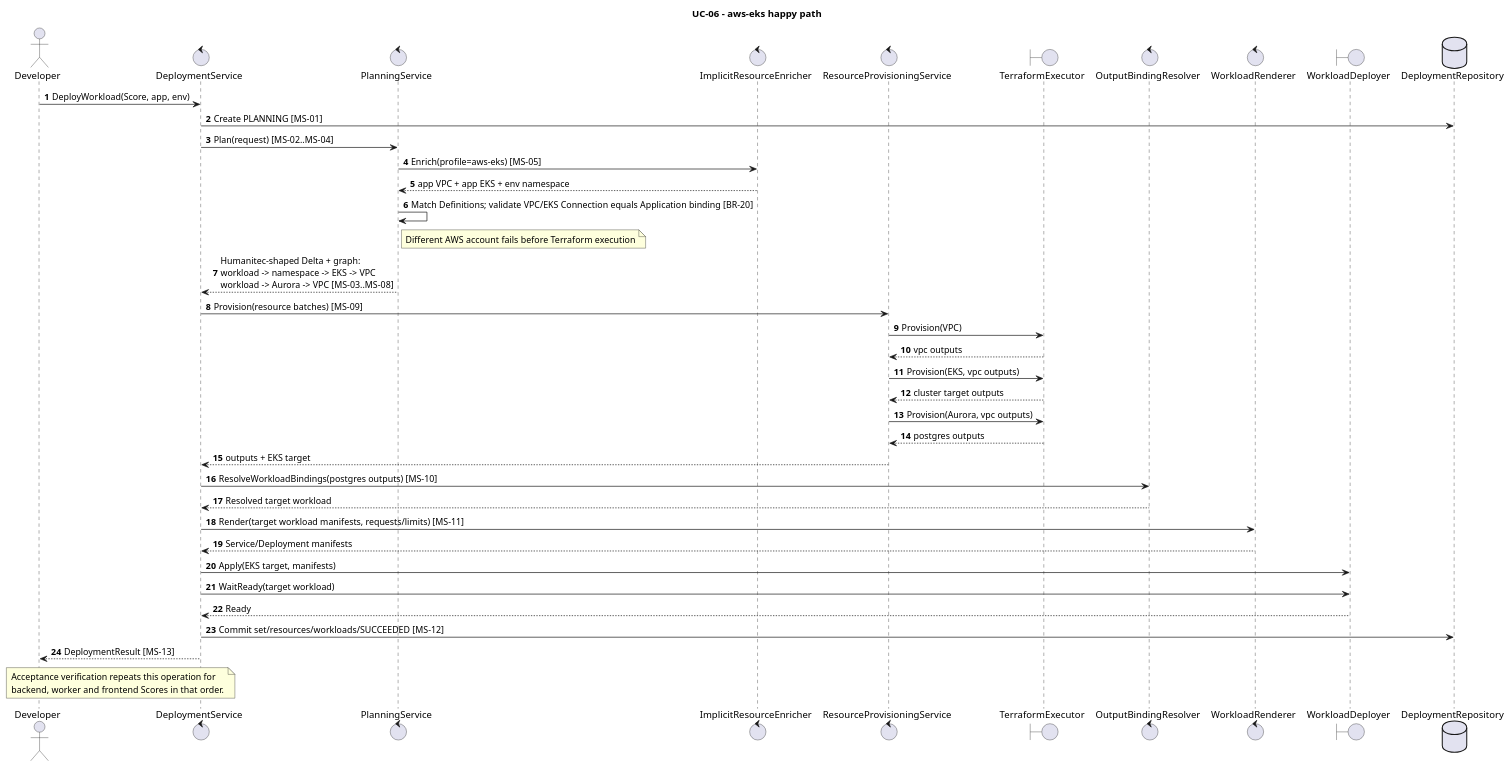
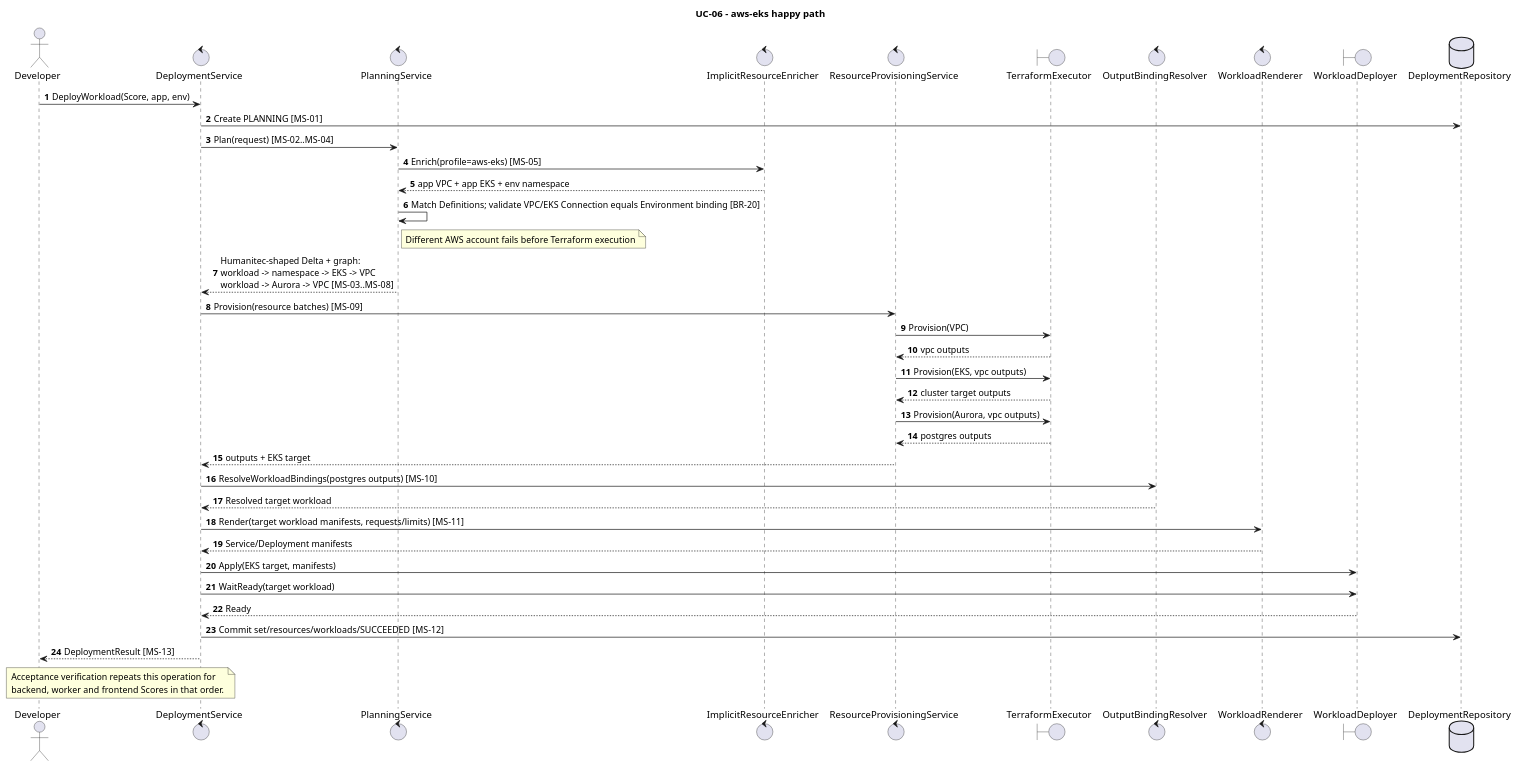
Before and after one commit to pr3s3nt/poc: the diagram in orchestrator_docs/usecase/UC-06/sequence-cloud.puml, drawn with PlantUML. The commit also changed 137 other files, not shown here.

```diff
--- a/orchestrator_docs/usecase/UC-06/sequence-cloud.puml
+++ b/orchestrator_docs/usecase/UC-06/sequence-cloud.puml
@@ -1,44 +1,44 @@
 @startuml
 title UC-06 - aws-eks happy path
 autonumber
 actor Developer
 control DeploymentService as Service
 control PlanningService as Planner
 control ImplicitResourceEnricher as Enricher
 control ResourceProvisioningService as Provisioner
 boundary TerraformExecutor as Terraform
 control OutputBindingResolver as Resolver
 control WorkloadRenderer as Renderer
 boundary WorkloadDeployer as K8s
 database DeploymentRepository as Repo
 
 Developer -> Service: DeployWorkload(Score, app, env)
 Service -> Repo: Create PLANNING [MS-01]
 Service -> Planner: Plan(request) [MS-02..MS-04]
 Planner -> Enricher: Enrich(profile=aws-eks) [MS-05]
 Enricher --> Planner: app VPC + app EKS + env namespace
-Planner -> Planner: Match Definitions; validate VPC/EKS Connection equals Application binding [BR-20]
+Planner -> Planner: Match Definitions; validate VPC/EKS Connection equals Environment binding [BR-20]
 note right of Planner: Different AWS account fails before Terraform execution
 Planner --> Service: Humanitec-shaped Delta + graph:\nworkload -> namespace -> EKS -> VPC\nworkload -> Aurora -> VPC [MS-03..MS-08]
 Service -> Provisioner: Provision(resource batches) [MS-09]
 Provisioner -> Terraform: Provision(VPC)
 Terraform --> Provisioner: vpc outputs
 Provisioner -> Terraform: Provision(EKS, vpc outputs)
 Terraform --> Provisioner: cluster target outputs
 Provisioner -> Terraform: Provision(Aurora, vpc outputs)
 Terraform --> Provisioner: postgres outputs
 Provisioner --> Service: outputs + EKS target
 Service -> Resolver: ResolveWorkloadBindings(postgres outputs) [MS-10]
 Resolver --> Service: Resolved target workload
 Service -> Renderer: Render(target workload manifests, requests/limits) [MS-11]
 Renderer --> Service: Service/Deployment manifests
 Service -> K8s: Apply(EKS target, manifests)
 Service -> K8s: WaitReady(target workload)
 K8s --> Service: Ready
 Service -> Repo: Commit set/resources/workloads/SUCCEEDED [MS-12]
 Service --> Developer: DeploymentResult [MS-13]
 note over Developer, Service
 Acceptance verification repeats this operation for
 backend, worker and frontend Scores in that order.
 end note
 @enduml
```
